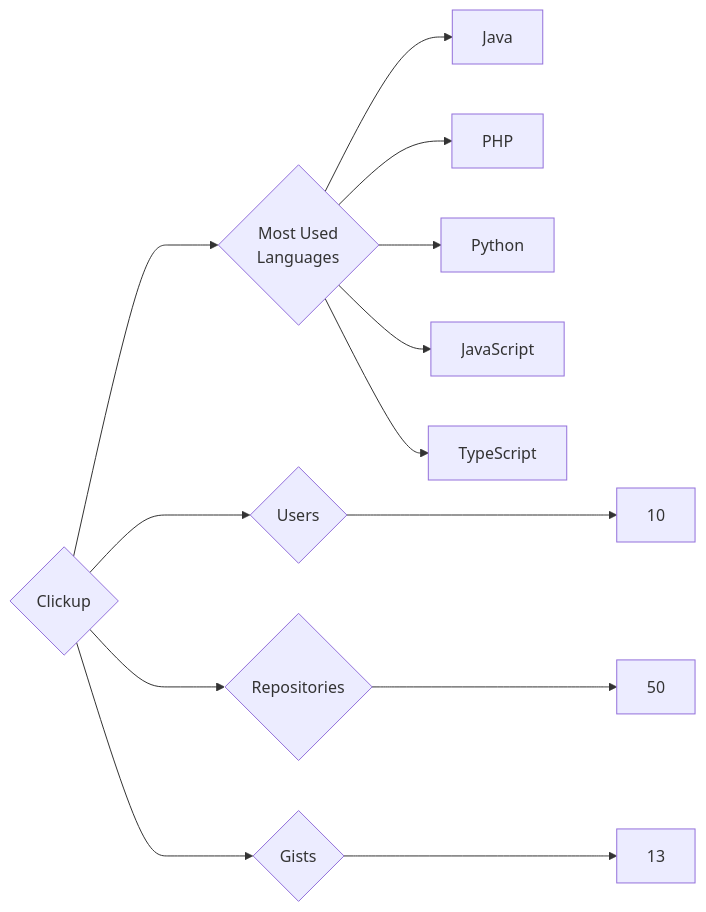
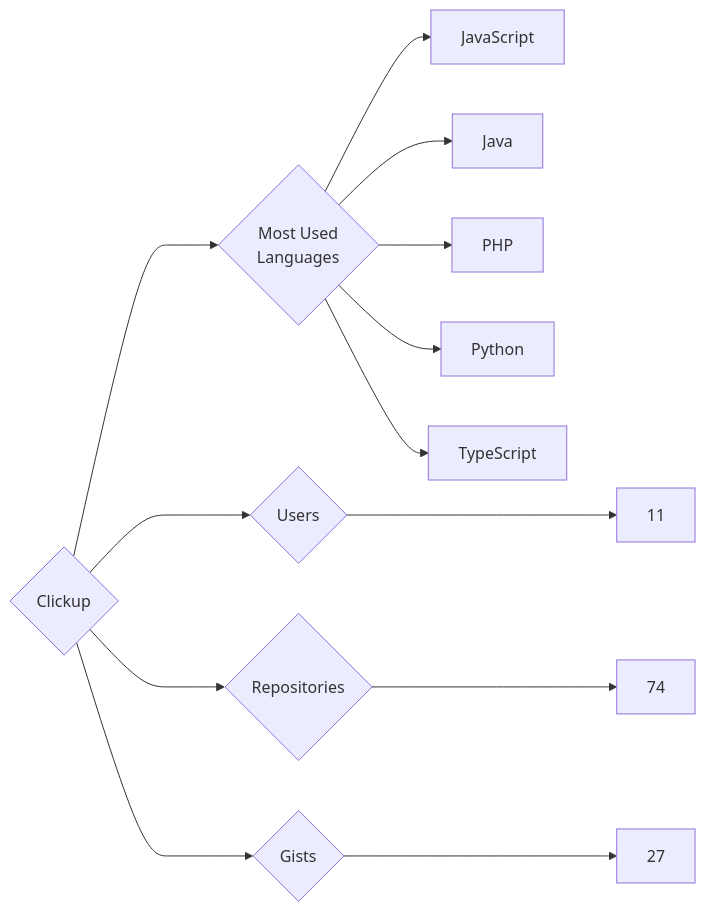
One commit to trickest/insiders changed the diagram in targets/Clickup/README.md. Above: the diagram before and after it, drawn with Mermaid. The commit also changed 1167 other files, not shown here.

````diff
--- a/targets/Clickup/README.md
+++ b/targets/Clickup/README.md
@@ -3,13 +3,13 @@
 ```mermaid
 graph LR
 COMPANY_NAME{Clickup}
-COMPANY_NAME ---> U{Users} ---> UN[10]
-COMPANY_NAME ---> R{Repositories} ---> RN[50]
-COMPANY_NAME ---> G{Gists} ---> GN[13]
+COMPANY_NAME ---> U{Users} ---> UN[11]
+COMPANY_NAME ---> R{Repositories} ---> RN[74]
+COMPANY_NAME ---> G{Gists} ---> GN[27]
 COMPANY_NAME ---> ML{Most Used<br>Languages}
+ML --> JavaScript[JavaScript]
 ML --> Java[Java]
 ML --> PHP[PHP]
 ML --> Python[Python]
-ML --> JavaScript[JavaScript]
 ML --> TypeScript[TypeScript]
 ```
````
